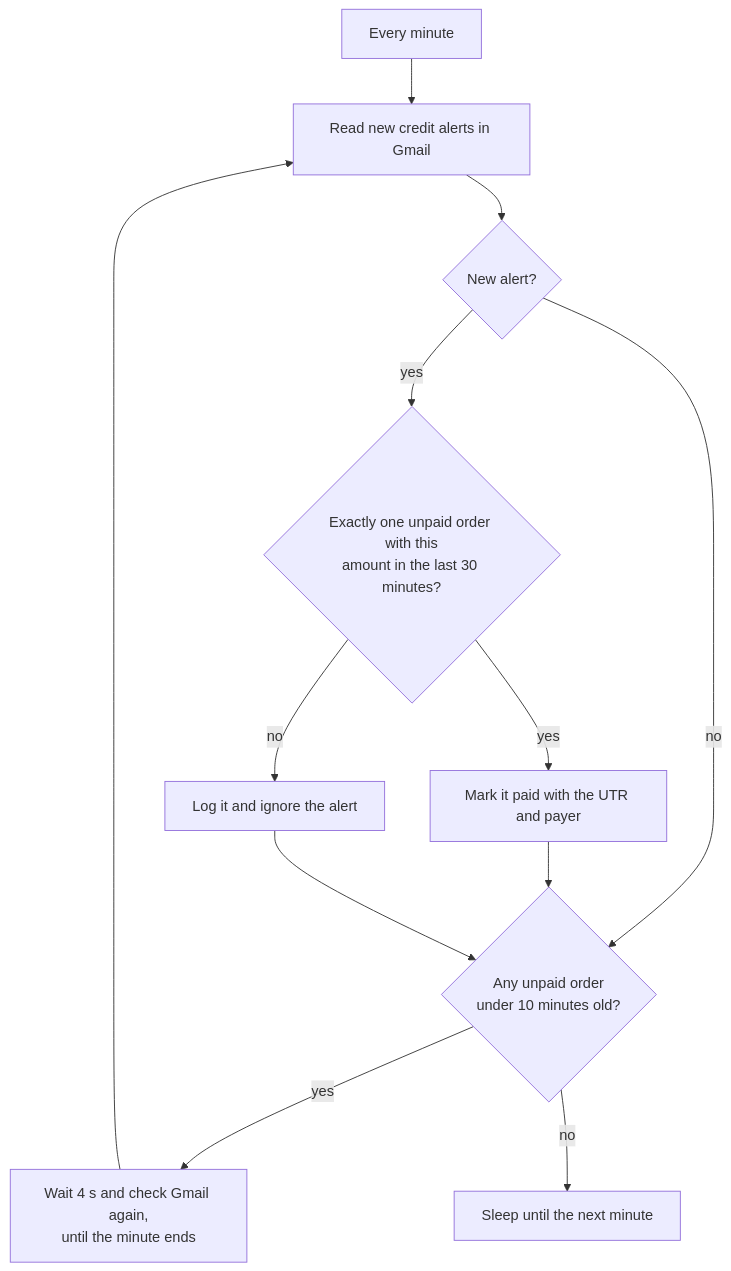
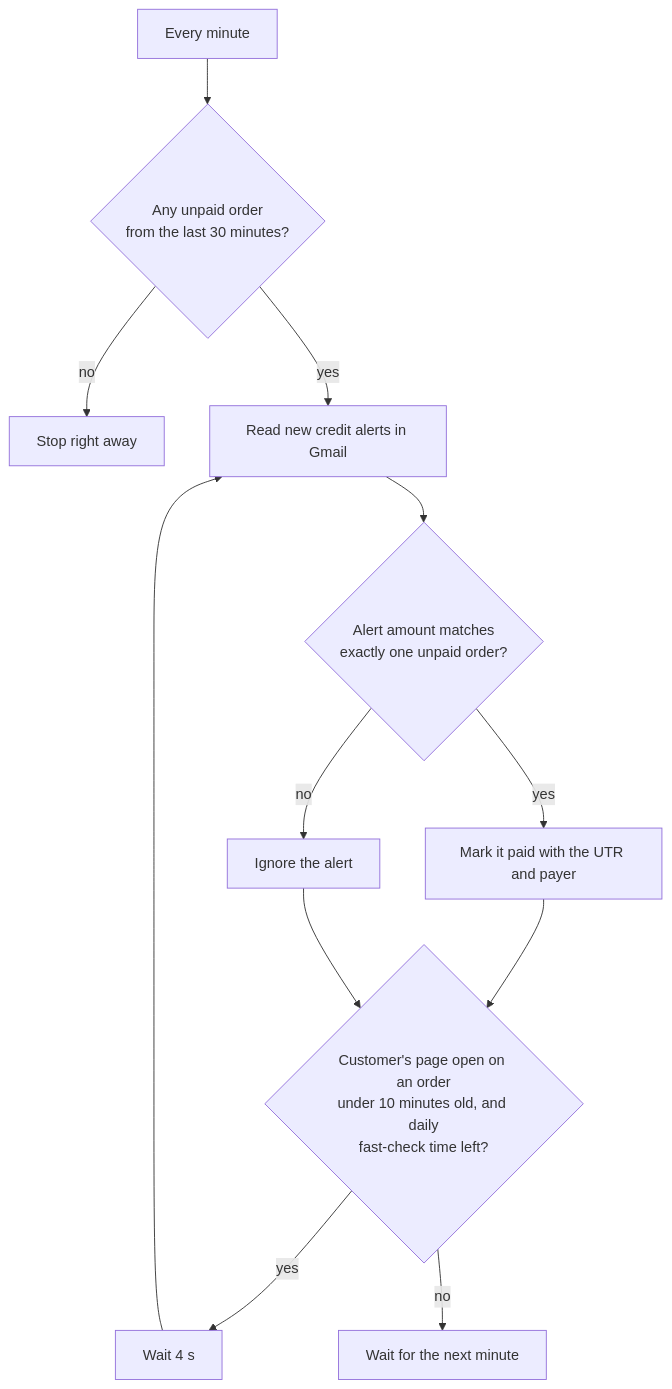
Before and after one commit to satyam-64136/My-store: the fifth of 6 diagrams in README.md, drawn with Mermaid. The commit also changed other lines of this file and 2 other files, not shown here.

````diff
--- a/README.md
+++ b/README.md
@@ -126,14 +128,14 @@
 ```mermaid
 flowchart TD
-  T["Every minute"] --> A["Read new credit alerts in Gmail"]
-  A --> B{"New alert?"}
-  B -- "no" --> G
-  B -- "yes" --> C{"Exactly one unpaid order with this<br/>amount in the last 30 minutes?"}
+  T["Every minute"] --> Q{"Any unpaid order<br/>from the last 30 minutes?"}
+  Q -- "no" --> Z["Stop right away"]
+  Q -- "yes" --> A["Read new credit alerts in Gmail"]
+  A --> C{"Alert amount matches<br/>exactly one unpaid order?"}
   C -- "yes" --> D["Mark it paid with the UTR and payer"]
-  C -- "no" --> E["Log it and ignore the alert"]
-  D --> G{"Any unpaid order<br/>under 10 minutes old?"}
+  C -- "no" --> E["Ignore the alert"]
+  D --> G{"Customer's page open on an order<br/>under 10 minutes old, and daily<br/>fast-check time left?"}
   E --> G
-  G -- "yes" --> H["Wait 4 s and check Gmail again,<br/>until the minute ends"]
+  G -- "yes" --> H["Wait 4 s"]
   H --> A
-  G -- "no" --> Z["Sleep until the next minute"]
+  G -- "no" --> Y["Wait for the next minute"]
 ```
````
